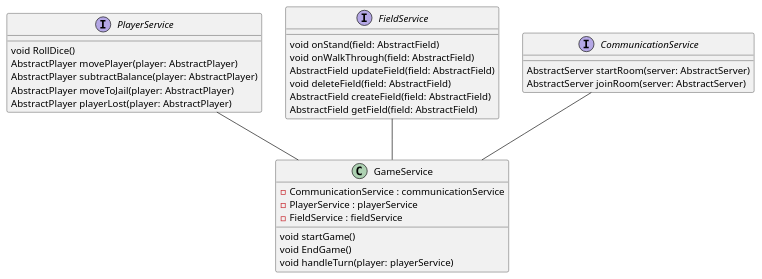
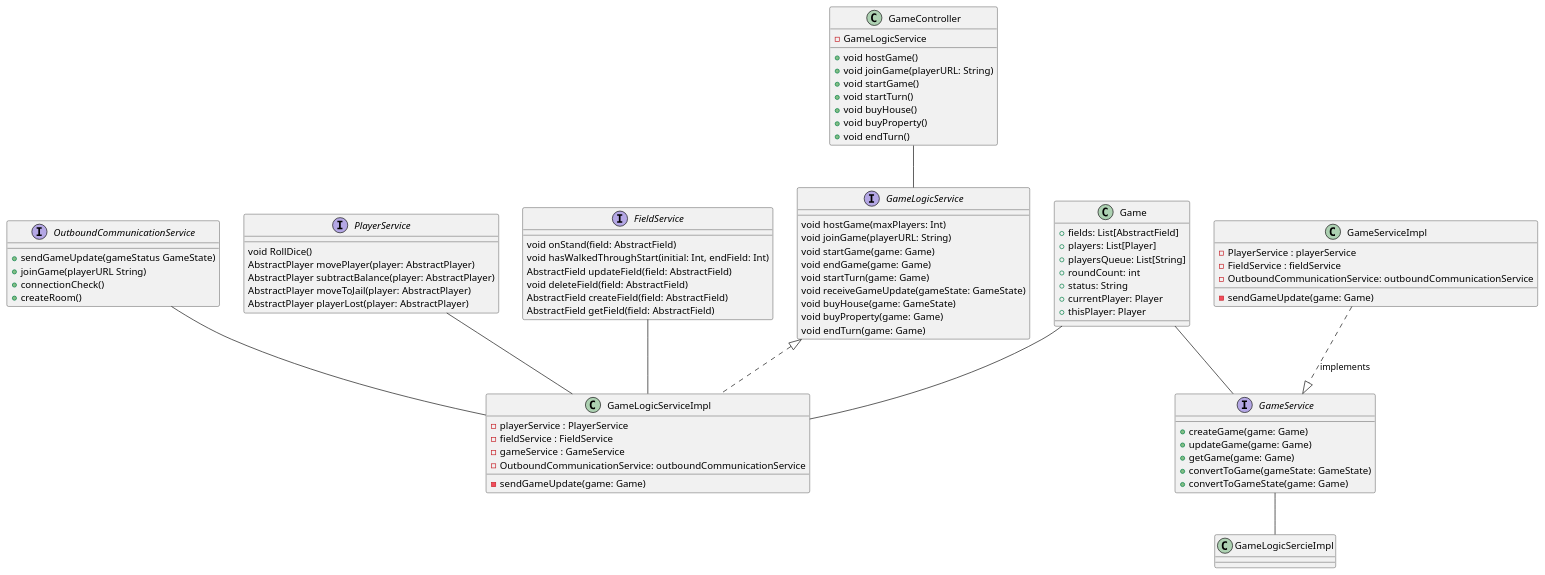
The diagram in uml/class/class_game.puml (Konrad-Swiercz/Monopoly-Grupa-D), drawn with PlantUML before and after one commit. The commit also changed 2 other files, not shown here.

Commit message:
develop main game class diagram

```diff
--- a/uml/class/class_game.puml
+++ b/uml/class/class_game.puml
@@ -1,44 +1,100 @@
 @startuml
+ 
+ 
+PlayerService -- GameLogicServiceImpl
+FieldService -- GameLogicServiceImpl
+GameService -- GameLogicSercieImpl
+OutboundCommunicationService -- GameLogicServiceImpl
+GameServiceImpl ..|> GameService: implements
+ 
+Game -- GameService
+Game -- GameLogicServiceImpl
 
+GameController -- GameLogicService
 
-PlayerService -- GameService
-FieldService -- GameService
-CommunicationService -- GameService
+class GameController {
+  - GameLogicService
 
-class GameService {
-- CommunicationService : communicationService
+  + void hostGame()
+  + void joinGame(playerURL: String)
+  + void startGame()
+  + void startTurn()
+  + void buyHouse()
+  + void buyProperty()
+  + void endTurn()
+}
+
+class GameServiceImpl {
 - PlayerService : playerService
 - FieldService : fieldService
-
-void startGame()
-void EndGame()
-void handleTurn(player: playerService)
+- OutboundCommunicationService: outboundCommunicationService
+- sendGameUpdate(game: Game)
 }
 
-interface CommunicationService {
+ 
+class GameLogicServiceImpl implements GameLogicService{
+- playerService : PlayerService
+- fieldService : FieldService
+- gameService : GameService
+- OutboundCommunicationService: outboundCommunicationService
+- sendGameUpdate(game: Game)
+}
 
-AbstractServer startRoom(server: AbstractServer)
-AbstractServer joinRoom(server: AbstractServer)
+ 
+interface GameService {
+  + createGame(game: Game)
+  + updateGame(game: Game)
+  + getGame(game: Game)
+  + convertToGame(gameState: GameState)
+  + convertToGameState(game: Game)
+}
 
+interface GameLogicService {
+  void hostGame(maxPlayers: Int)
+  void joinGame(playerURL: String)
+  void startGame(game: Game)
+  void endGame(game: Game)
+  void startTurn(game: Game)
+  void receiveGameUpdate(gameState: GameState)
+  void buyHouse(game: GameState)
+  void buyProperty(game: Game)
+  void endTurn(game: Game)
 }
+ 
+interface OutboundCommunicationService {
+    + sendGameUpdate(gameStatus GameState)
+    + joinGame(playerURL String)
+    + connectionCheck()
+    + createRoom()
+}
+
 interface PlayerService {
 void RollDice()
 AbstractPlayer movePlayer(player: AbstractPlayer)
 AbstractPlayer subtractBalance(player: AbstractPlayer)
 AbstractPlayer moveToJail(player: AbstractPlayer)
 AbstractPlayer playerLost(player: AbstractPlayer)
 
 }
 interface FieldService {
- void onStand(field: AbstractField)
- void onWalkThrough(field: AbstractField)
- AbstractField updateField(field: AbstractField)
- void deleteField(field: AbstractField)
- AbstractField createField(field: AbstractField)
- AbstractField getField(field: AbstractField)
+void onStand(field: AbstractField)
+void hasWalkedThroughStart(initial: Int, endField: Int)
+AbstractField updateField(field: AbstractField)
+void deleteField(field: AbstractField)
+AbstractField createField(field: AbstractField)
+AbstractField getField(field: AbstractField)
 }
-
-
-
-
+ 
+ 
+class Game {
++ fields: List[AbstractField]
++ players: List[Player]
++ playersQueue: List[String]
++ roundCount: int
++ status: String
++ currentPlayer: Player
++ thisPlayer: Player
+}
+ 
+ 
 @enduml
```
